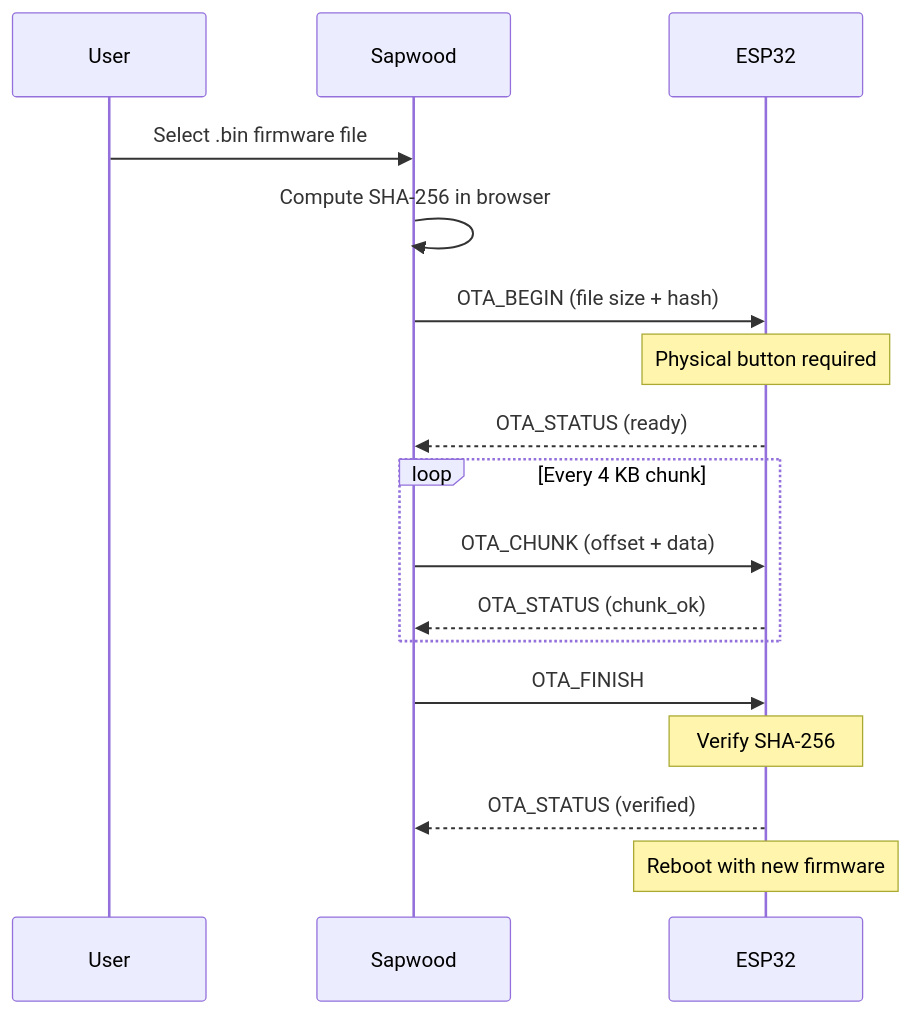
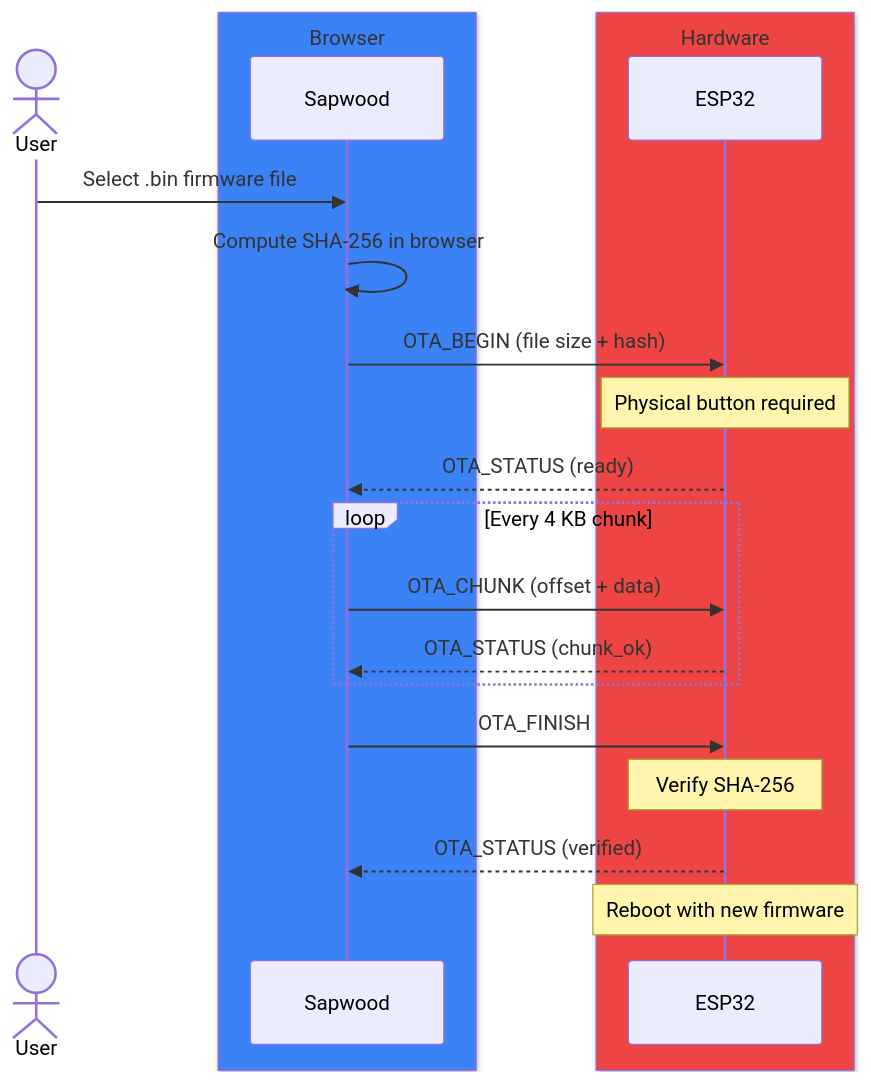
Before and after one commit to forgesworn/sapwood: the second of 2 diagrams in ARCHITECTURE.md, drawn with Mermaid.

Commit message:
style: add colour boxes to OTA sequence diagram

````diff
--- a/ARCHITECTURE.md
+++ b/ARCHITECTURE.md
@@ -85,22 +85,26 @@
 ```mermaid
 sequenceDiagram
-    participant U as User
-    participant S as Sapwood
-    participant D as ESP32
+    actor U as User
+    box rgb(59, 130, 246) Browser
+        participant S as Sapwood
+    end
+    box rgb(239, 68, 68) Hardware
+        participant D as ESP32
+    end
 
     U->>S: Select .bin firmware file
     S->>S: Compute SHA-256 in browser
     S->>D: OTA_BEGIN (file size + hash)
     Note over D: Physical button required
     D-->>S: OTA_STATUS (ready)
 
     loop Every 4 KB chunk
         S->>D: OTA_CHUNK (offset + data)
         D-->>S: OTA_STATUS (chunk_ok)
     end
 
     S->>D: OTA_FINISH
     Note over D: Verify SHA-256
     D-->>S: OTA_STATUS (verified)
     Note over D: Reboot with new firmware
 ```
````
